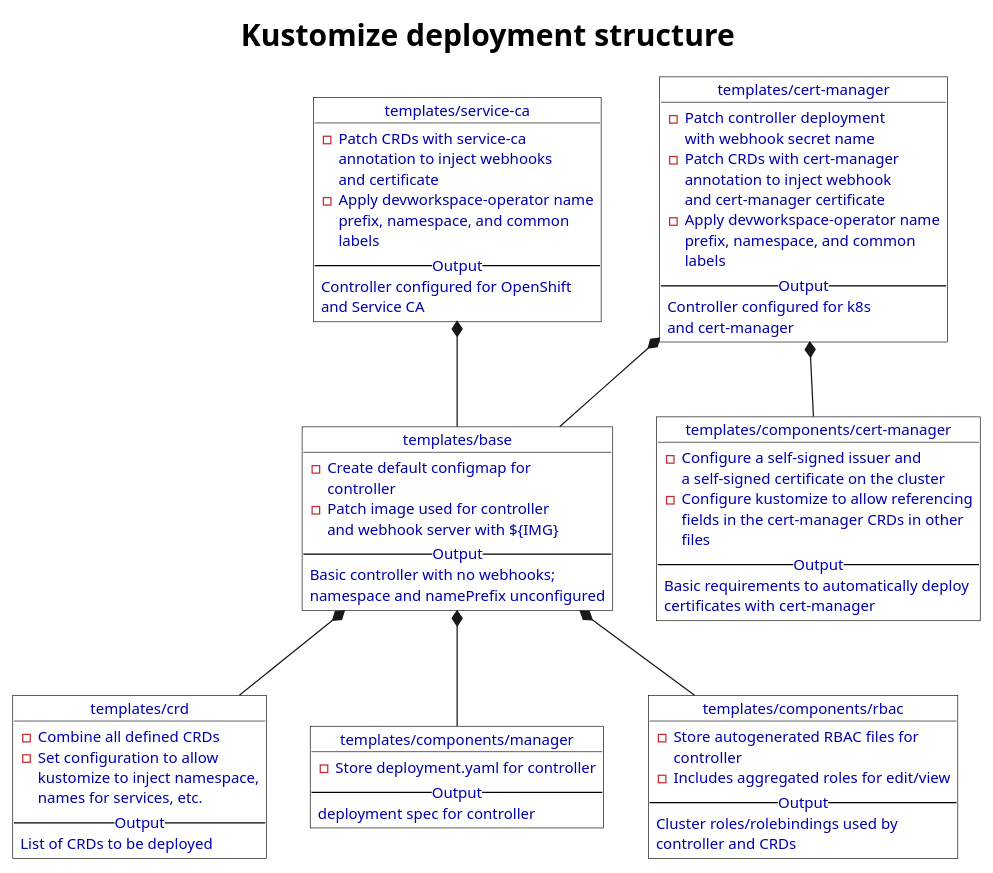
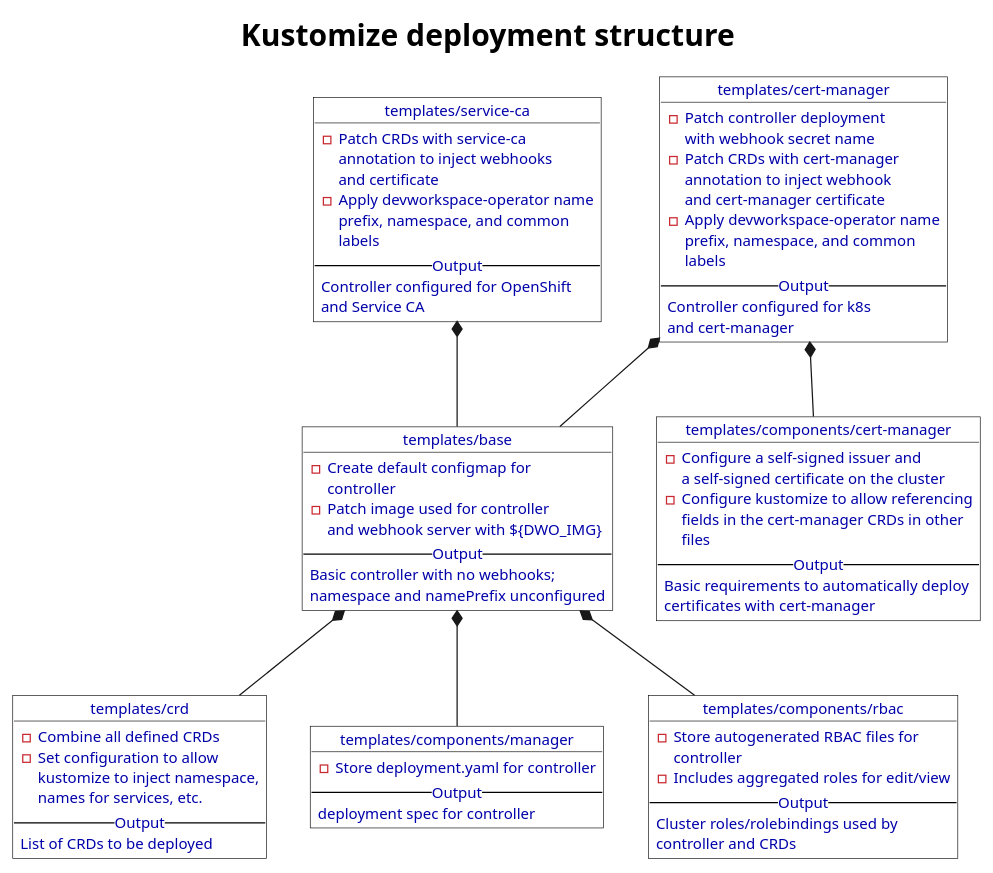
Before and after one commit to devfile/devworkspace-operator: the diagram in deploy/templates/kustomize.pu, drawn with PlantUML. The commit also changed 5 other files, not shown here.

Commit message:
Rename IMG parameter to DWO_IMG

```diff
--- a/deploy/templates/kustomize.pu
+++ b/deploy/templates/kustomize.pu
@@ -1,92 +1,92 @@
 @startuml
 ' This diagram outlines to folder structure
 ' and dependencies between kustomize overlays
 ' used to deploy the devworkspace-operator
 ' manually.
 
 Title Kustomize deployment structure
 skinparam TitleFontSize 24
 skinparam Object {
   BackgroundColor white
   BorderColor black
   FontSize 16
   FontColor #0000AA
   AttributeFontSize 12
 }
 
 object "templates/cert-manager" as certmanager {
   - Patch controller deployment
     with webhook secret name
   - Patch CRDs with cert-manager
     annotation to inject webhook
     and cert-manager certificate
   - Apply devworkspace-operator name
     prefix, namespace, and common
     labels
   --Output--
   Controller configured for k8s
     and cert-manager
 }
 object "templates/service-ca" as serviceca {
   - Patch CRDs with service-ca
     annotation to inject webhooks
     and certificate
   - Apply devworkspace-operator name
     prefix, namespace, and common
     labels
   --Output--
   Controller configured for OpenShift
     and Service CA
 }
 
 object "templates/base" as base {
   - Create default configmap for
     controller
   - Patch image used for controller
-    and webhook server with ${IMG}
+    and webhook server with ${DWO_IMG}
   --Output--
   Basic controller with no webhooks;
   namespace and namePrefix unconfigured
 }
 object "templates/crd" as crd {
   - Combine all defined CRDs
   - Set configuration to allow
     kustomize to inject namespace,
     names for services, etc.
   --Output--
   List of CRDs to be deployed
 }
 
 object "templates/components/manager" as manager {
   - Store deployment.yaml for controller
   --Output--
   deployment spec for controller
 }
 object "templates/components/rbac" as rbac {
   - Store autogenerated RBAC files for
     controller
   - Includes aggregated roles for edit/view
   --Output--
   Cluster roles/rolebindings used by
     controller and CRDs
 }
 object "templates/components/cert-manager" as certs {
   - Configure a self-signed issuer and
     a self-signed certificate on the cluster
   - Configure kustomize to allow referencing
     fields in the cert-manager CRDs in other
     files
   --Output--
   Basic requirements to automatically deploy
     certificates with cert-manager
 }
 
 certmanager *-- base
 certmanager *-- certs
 serviceca *-- base
 
 base *-- manager
 base *-- rbac
 base *-- crd
 
 @enduml
```
